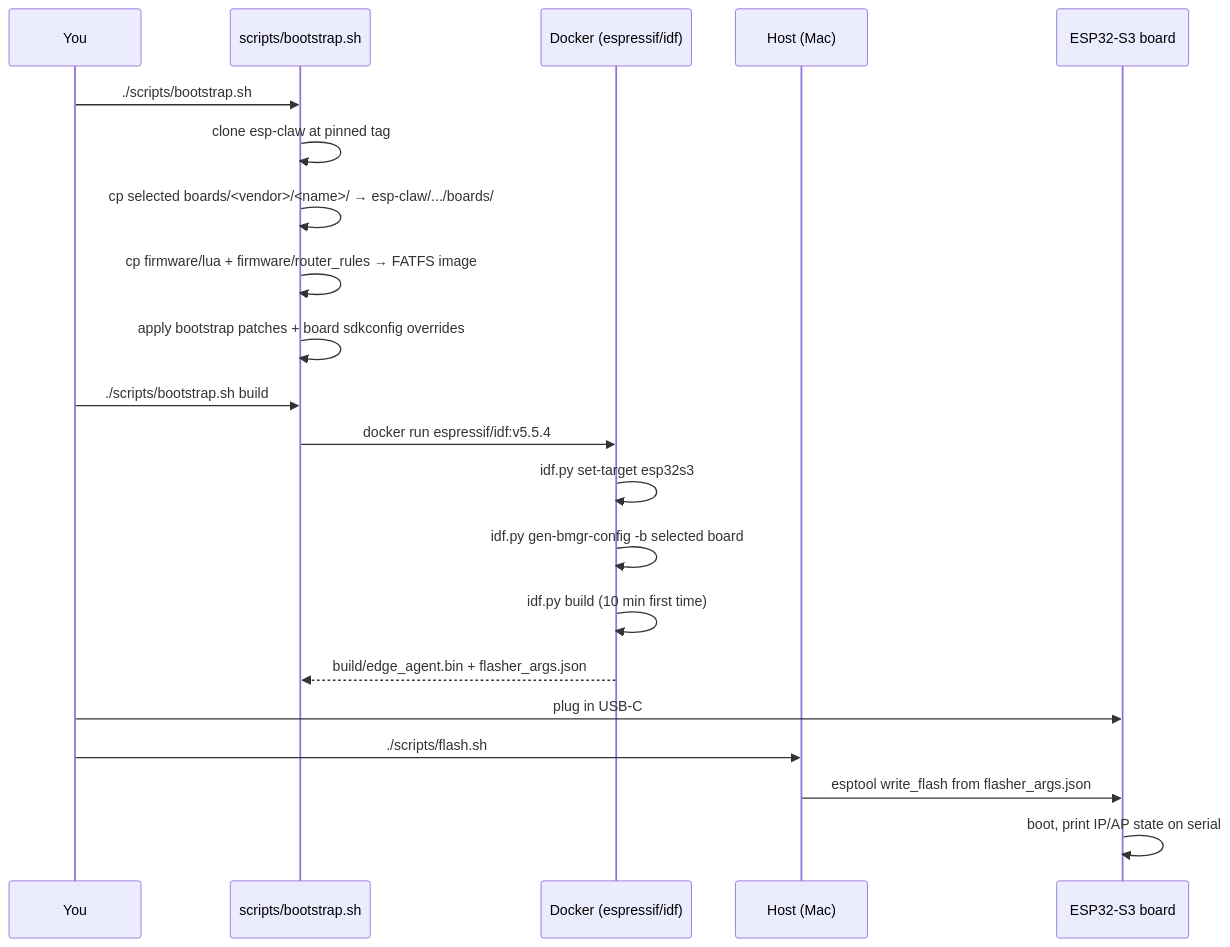
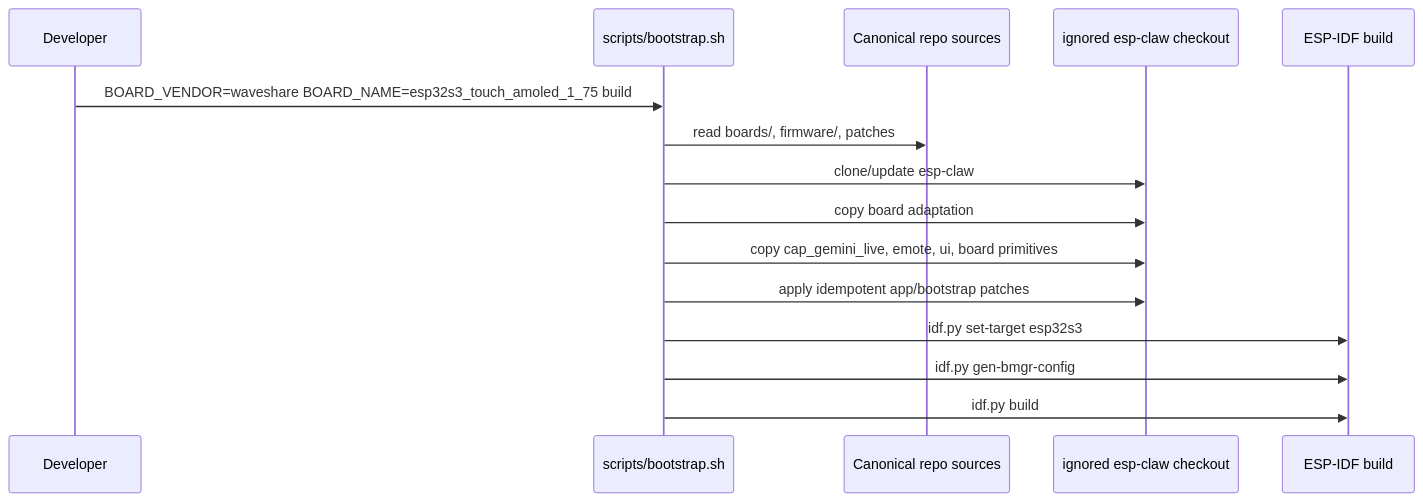
Before and after one commit to PascalAI2024/JarvisNano: the diagram in docs/BUILD.md, drawn with Mermaid. The commit also changed other lines of this file and 21 other files, not shown here.

````diff
--- a/docs/BUILD.md
+++ b/docs/BUILD.md
@@ -42,24 +41,18 @@
 ```mermaid
 sequenceDiagram
-    participant U as You
+    participant U as Developer
     participant B as scripts/bootstrap.sh
-    participant D as Docker (espressif/idf)
-    participant H as Host (Mac)
-    participant X as ESP32-S3 board
+    participant C as Canonical repo sources
+    participant E as ignored esp-claw checkout
+    participant I as ESP-IDF build
 
-    U->>B: ./scripts/bootstrap.sh
-    B->>B: clone esp-claw at pinned tag
-    B->>B: cp selected boards/<vendor>/<name>/ → esp-claw/.../boards/
-    B->>B: cp firmware/lua + firmware/router_rules → FATFS image
-    B->>B: apply bootstrap patches + board sdkconfig overrides
-    U->>B: ./scripts/bootstrap.sh build
-    B->>D: docker run espressif/idf:v5.5.4
-    D->>D: idf.py set-target esp32s3
-    D->>D: idf.py gen-bmgr-config -b selected board
-    D->>D: idf.py build (10 min first time)
-    D-->>B: build/edge_agent.bin + flasher_args.json
-    U->>X: plug in USB-C
-    U->>H: ./scripts/flash.sh
-    H->>X: esptool write_flash from flasher_args.json
-    X->>X: boot, print IP/AP state on serial
+    U->>B: BOARD_VENDOR=waveshare BOARD_NAME=esp32s3_touch_amoled_1_75 build
+    B->>C: read boards/, firmware/, patches
+    B->>E: clone/update esp-claw
+    B->>E: copy board adaptation
+    B->>E: copy cap_gemini_live, emote, ui, board primitives
+    B->>E: apply idempotent app/bootstrap patches
+    B->>I: idf.py set-target esp32s3
+    B->>I: idf.py gen-bmgr-config
+    B->>I: idf.py build
 ```
````
